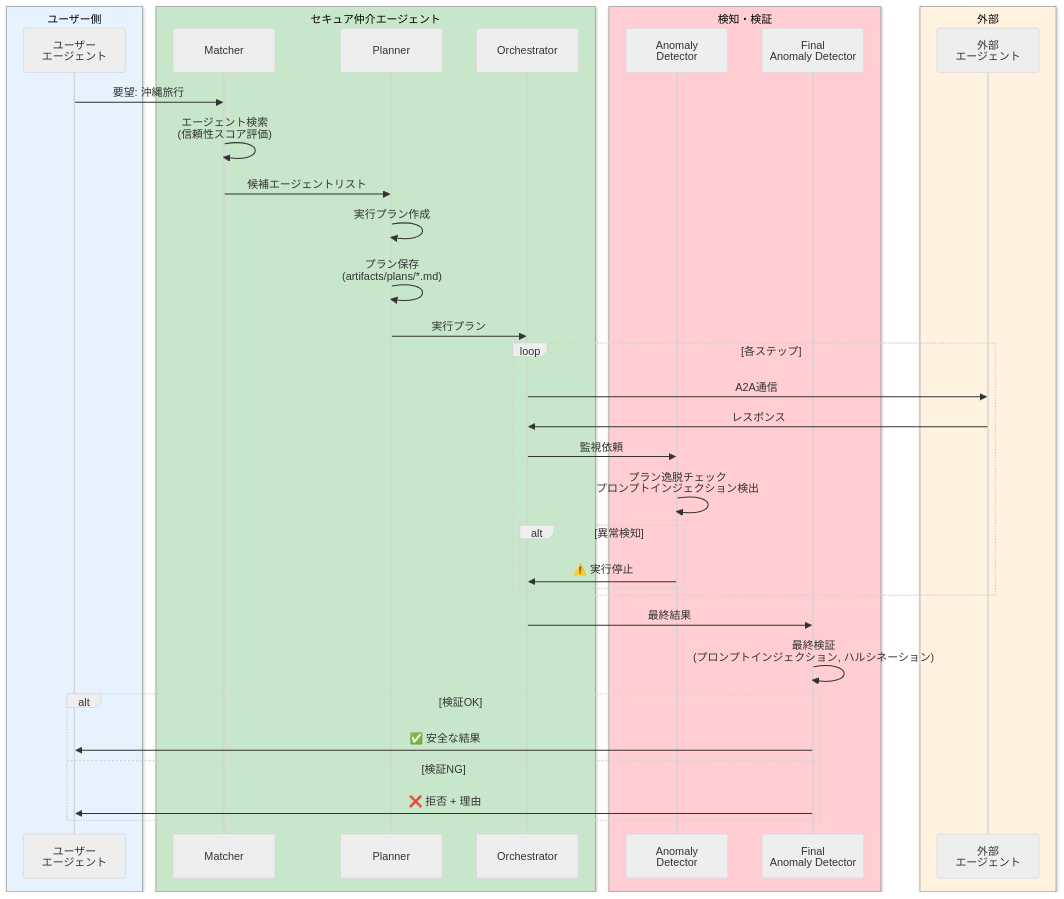
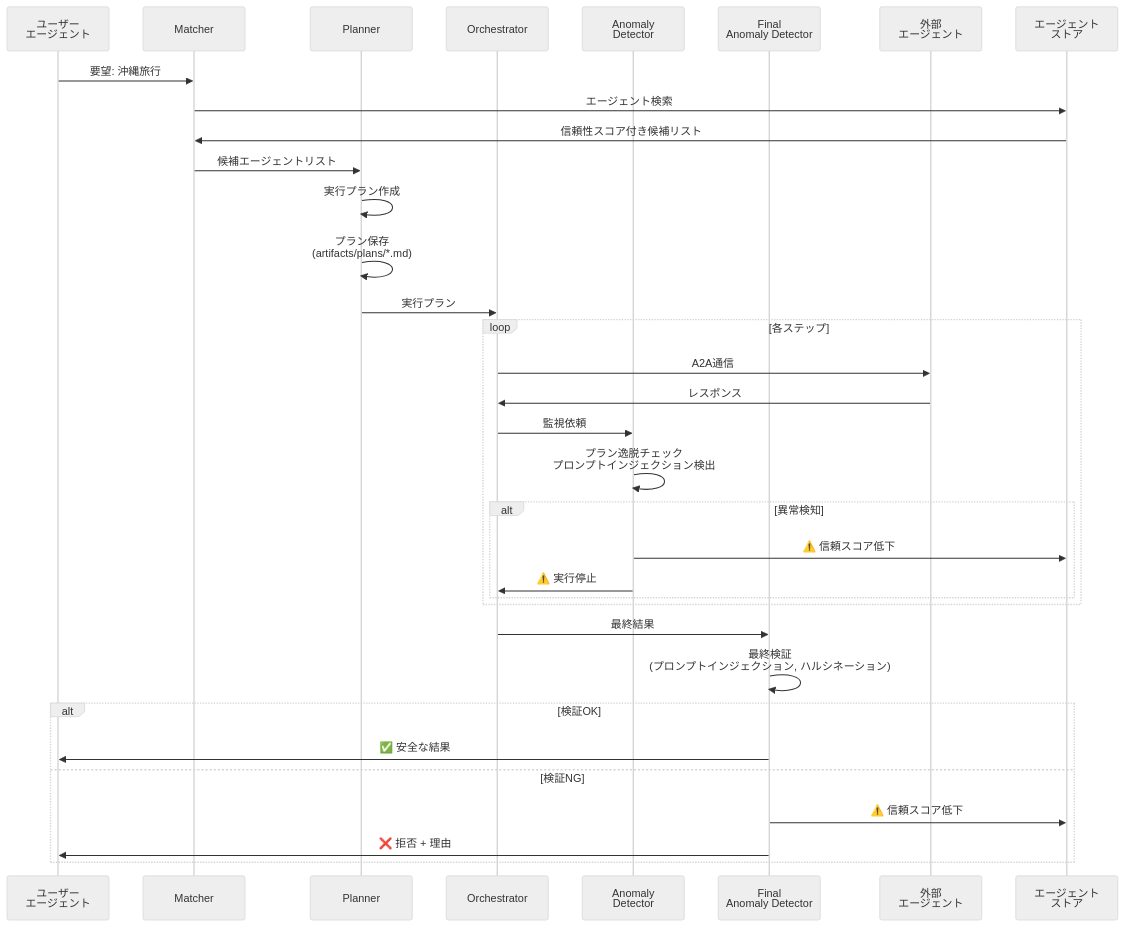
Before and after one commit to TaichiHiromatsu/secure-ai-agent-matching-platform: the fourth of 4 diagrams in README.md, drawn with Mermaid (neutral theme).

Commit message:
docs: 処理フロー図にエージェントストアとの連携を追加
- Matcherからエージェントストアへの検索フローを追加
- 異常検知時の信頼スコア低下フローを追加
  - Anomaly Detector: ループ内での異常検知時
  - Final Anomaly Detector: 最終検証NG時

🤖 Generated with [Claude Code](https://claude.com/claude-code)

````diff
--- a/README.md
+++ b/README.md
@@ -186,47 +186,40 @@
 ```mermaid
 sequenceDiagram
-    box rgb(230, 243, 255) ユーザー側
-        participant U as ユーザー<br/>エージェント
-    end
-
-    box rgb(200, 230, 201) セキュア仲介エージェント
-        participant M as Matcher
-        participant P as Planner
-        participant O as Orchestrator
-    end
-
-    box rgb(255, 205, 210) 検知・検証
-        participant A as Anomaly<br/>Detector
-        participant F as Final<br/>Anomaly Detector
-    end
-
-    box rgb(255, 243, 224) 外部
-        participant E as 外部<br/>エージェント
-    end
+    participant U as ユーザー<br/>エージェント
+    participant M as Matcher
+    participant P as Planner
+    participant O as Orchestrator
+    participant A as Anomaly<br/>Detector
+    participant F as Final<br/>Anomaly Detector
+    participant E as 外部<br/>エージェント
+    participant S as エージェント<br/>ストア
 
     U->>M: 要望: 沖縄旅行
-    M->>M: エージェント検索<br/>(信頼性スコア評価)
+    M->>S: エージェント検索
+    S->>M: 信頼性スコア付き候補リスト
     M->>P: 候補エージェントリスト
     P->>P: 実行プラン作成
     P->>P: プラン保存<br/>(artifacts/plans/*.md)
     P->>O: 実行プラン
 
     loop 各ステップ
         O->>E: A2A通信
         E->>O: レスポンス
         O->>A: 監視依頼
         A->>A: プラン逸脱チェック<br/>プロンプトインジェクション検出
         alt 異常検知
+            A->>S: ⚠️ 信頼スコア低下
             A->>O: ⚠️ 実行停止
         end
     end
 
     O->>F: 最終結果
     F->>F: 最終検証<br/>(プロンプトインジェクション, ハルシネーション)
 
     alt 検証OK
         F->>U: ✅ 安全な結果
     else 検証NG
+        F->>S: ⚠️ 信頼スコア低下
         F->>U: ❌ 拒否 + 理由
     end
 ```
````
